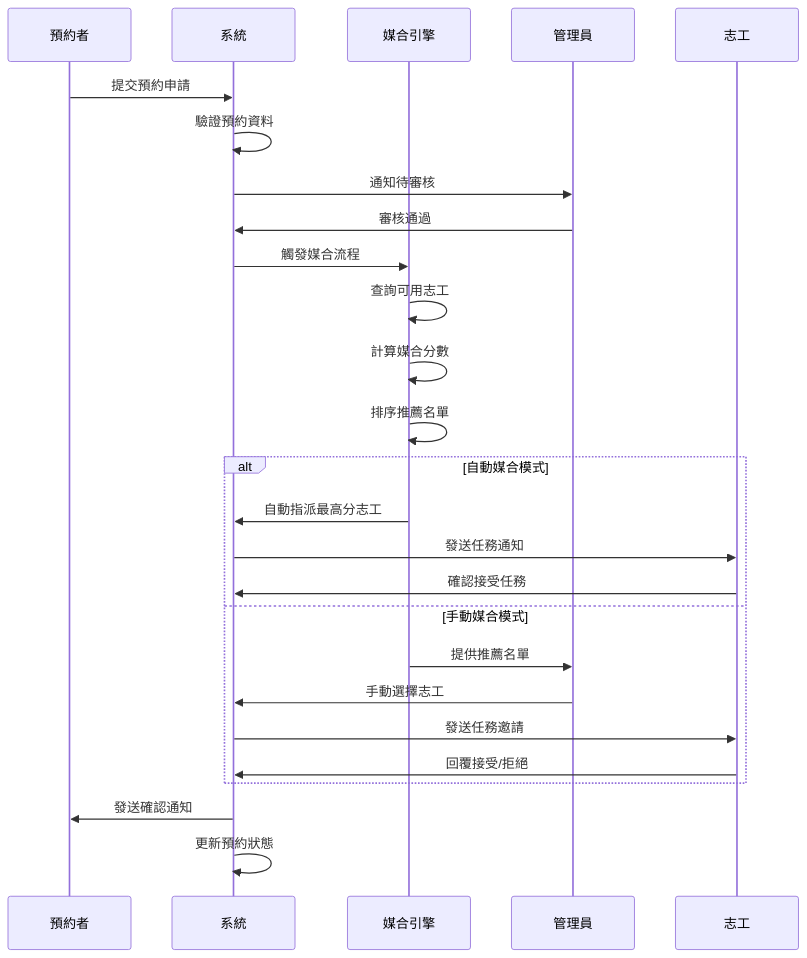
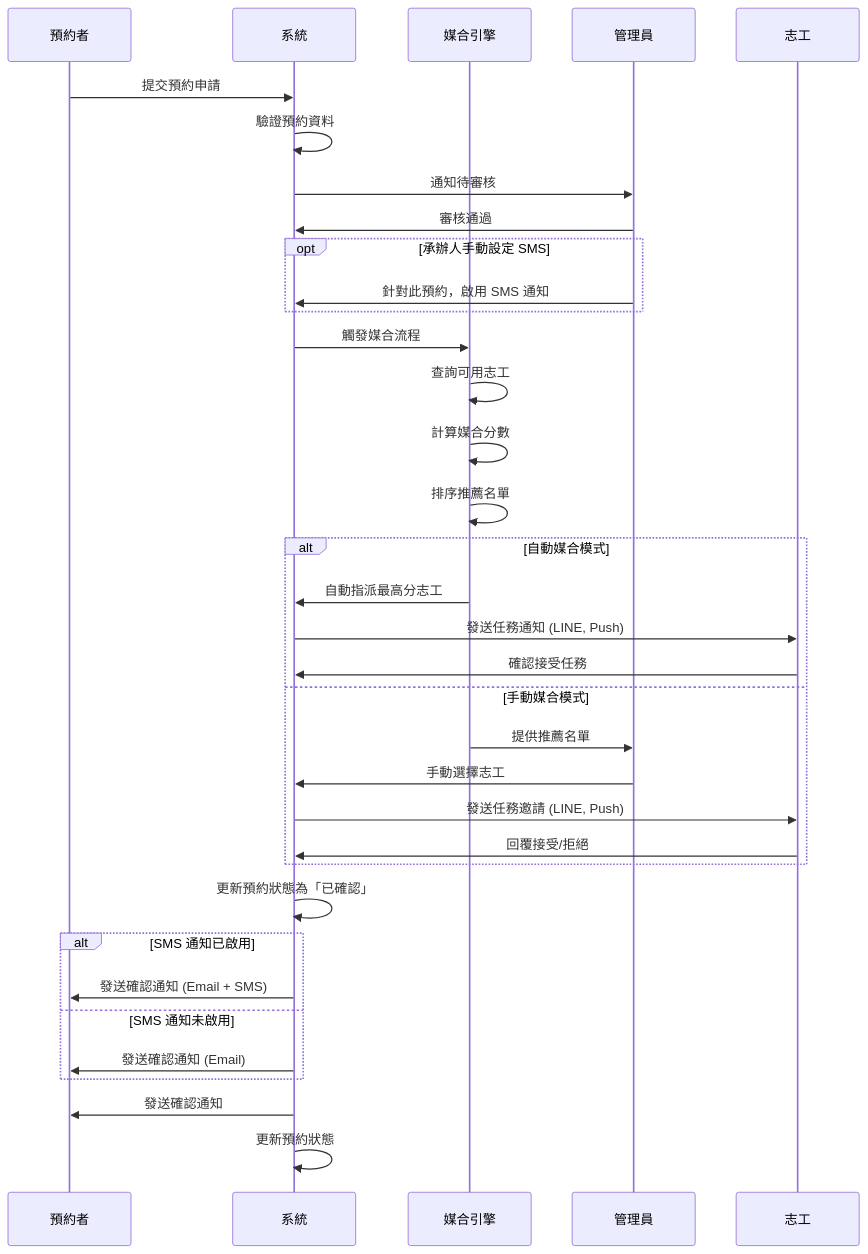
Before and after one commit to FireJosh/ttfd-civic-tech-2025: the second of 2 diagrams in README.md, drawn with Mermaid.

````diff
--- a/README.md
+++ b/README.md
@@ -271,32 +271,45 @@
 ```mermaid
 sequenceDiagram
     participant C as 預約者
     participant S as 系統
     participant M as 媒合引擎
     participant A as 管理員
     participant V as 志工
 
     C->>S: 提交預約申請
     S->>S: 驗證預約資料
     S->>A: 通知待審核
     A->>S: 審核通過
+    
+    opt 承辦人手動設定 SMS
+        A->>S: 針對此預約，啟用 SMS 通知
+    end
+
     S->>M: 觸發媒合流程
     
     M->>M: 查詢可用志工
     M->>M: 計算媒合分數
     M->>M: 排序推薦名單
     
     alt 自動媒合模式
         M->>S: 自動指派最高分志工
-        S->>V: 發送任務通知
+        S->>V: 發送任務通知 (LINE, Push)
         V->>S: 確認接受任務
     else 手動媒合模式
         M->>A: 提供推薦名單
         A->>S: 手動選擇志工
-        S->>V: 發送任務邀請
+        S->>V: 發送任務邀請 (LINE, Push)
         V->>S: 回覆接受/拒絕
+    end
+    
+    S->>S: 更新預約狀態為「已確認」
+
+    alt SMS 通知已啟用
+        S->>C: 發送確認通知 (Email + SMS)
+    else SMS 通知未啟用
+        S->>C: 發送確認通知 (Email)
     end
     
     S->>C: 發送確認通知
     S->>S: 更新預約狀態
 ```
````
